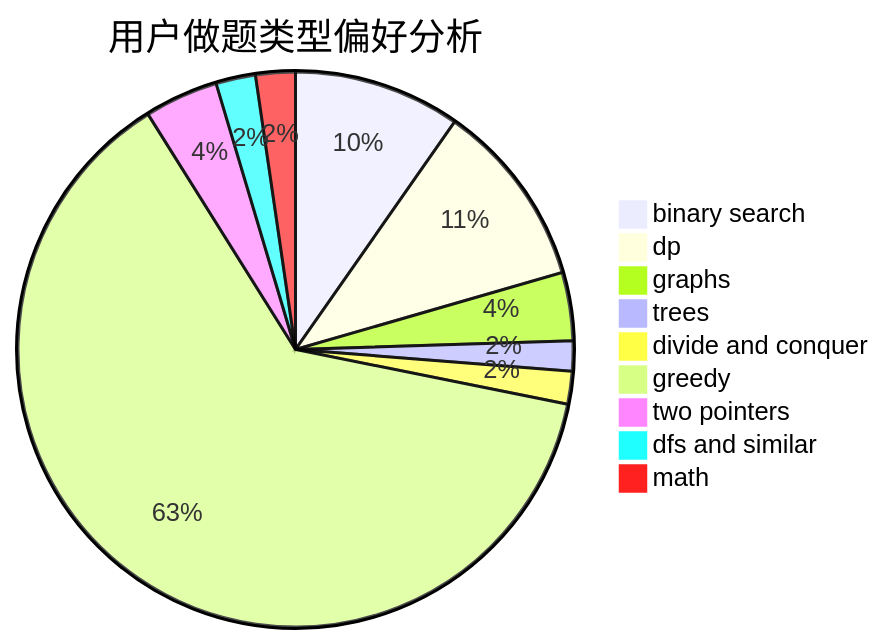
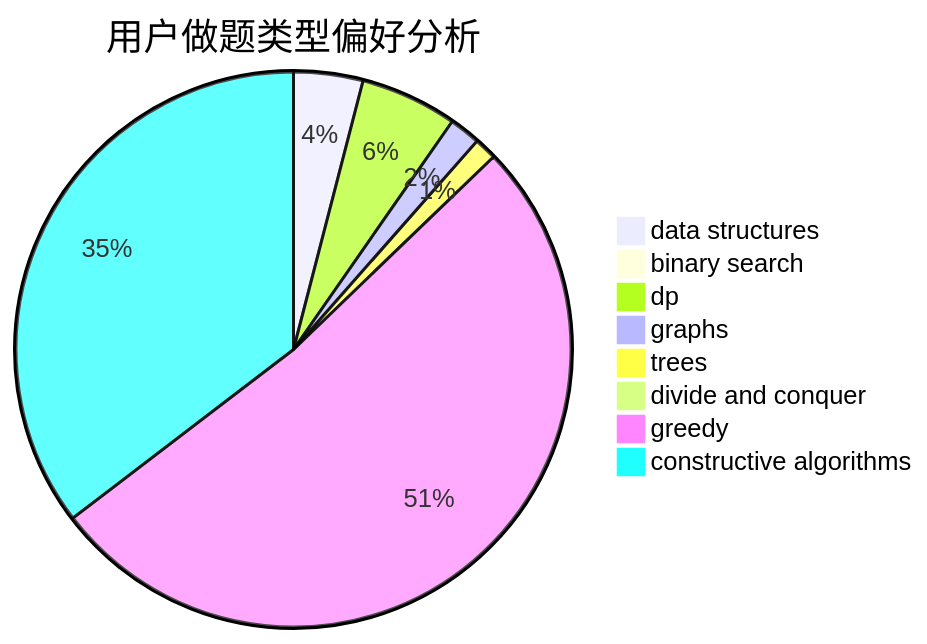
The second of 3 diagrams in docs/user/u2644.md (sherpahu/cfrs.github.io), drawn with Mermaid before and after one commit. The commit also changed other lines of this file and 2775 other files, not shown here.

````diff
--- a/docs/user/u2644.md
+++ b/docs/user/u2644.md
@@ -23,12 +23,11 @@
 ```mermaid
 pie title 用户做题类型偏好分析
-    "binary search" :  122
-    "dp" :  136
-    "graphs" :  50
-    "trees" :  22
-    "divide and conquer" :  24
-    "greedy" :  791
-    "two pointers" :  54
-    "dfs and similar" :  29
-    "math" :  29
+    "data structures" :  40
+    "binary search" :  10
+    "dp" :  56
+    "graphs" :  18
+    "trees" :  13
+    "divide and conquer" :  0
+    "greedy" :  514
+    "constructive algorithms" :  351
 ```
````
